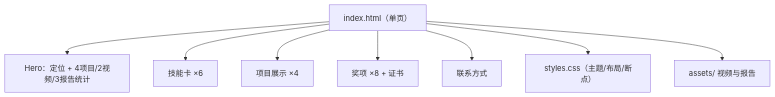
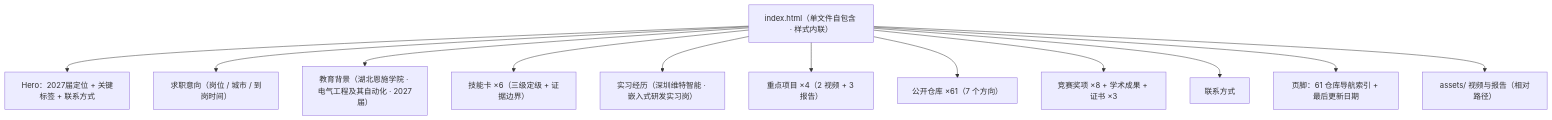
The diagram in README.md (meminehobe24435-cmyk/meminehobe24435-cmyk.github.io), drawn with Mermaid before and after one commit. The commit also changed other lines of this file, not shown here.

````diff
--- a/README.md
+++ b/README.md
@@ -47,10 +93,14 @@
 ```mermaid
 flowchart TB
-  IDX["index.html（单页）"] --> HERO["Hero：定位 + 4项目/2视频/3报告统计"]
-  IDX --> SKILLS["技能卡 ×6"]
-  IDX --> PROJECTS["项目展示 ×4"]
-  IDX --> AWARDS["奖项 ×8 + 证书"]
+  IDX["index.html（单文件自包含 · 样式内联）"] --> HERO["Hero：2027届定位 + 关键标签 + 联系方式"]
+  IDX --> INTENT["求职意向（岗位 / 城市 / 到岗时间）"]
+  IDX --> EDU["教育背景（湖北恩施学院 · 电气工程及其自动化 · 2027届）"]
+  IDX --> SKILLS["技能卡 ×6（三级定级 + 证据边界）"]
+  IDX --> INTERN["实习经历（深圳维特智能 · 嵌入式研发实习岗）"]
+  IDX --> FEAT["重点项目 ×4（2 视频 + 3 报告）"]
+  IDX --> REPOS["公开仓库 ×61（7 个方向）"]
+  IDX --> AWARDS["竞赛奖项 ×8 + 学术成果 + 证书 ×3"]
   IDX --> CONTACT["联系方式"]
-  IDX --> CSS["styles.css（主题/布局/断点）"]
-  IDX --> ASSETS["assets/ 视频与报告"]
+  IDX --> FOOTER["页脚：61 仓库导航索引 + 最后更新日期"]
+  IDX --> ASSETS["assets/ 视频与报告（相对路径）"]
 ```
````
